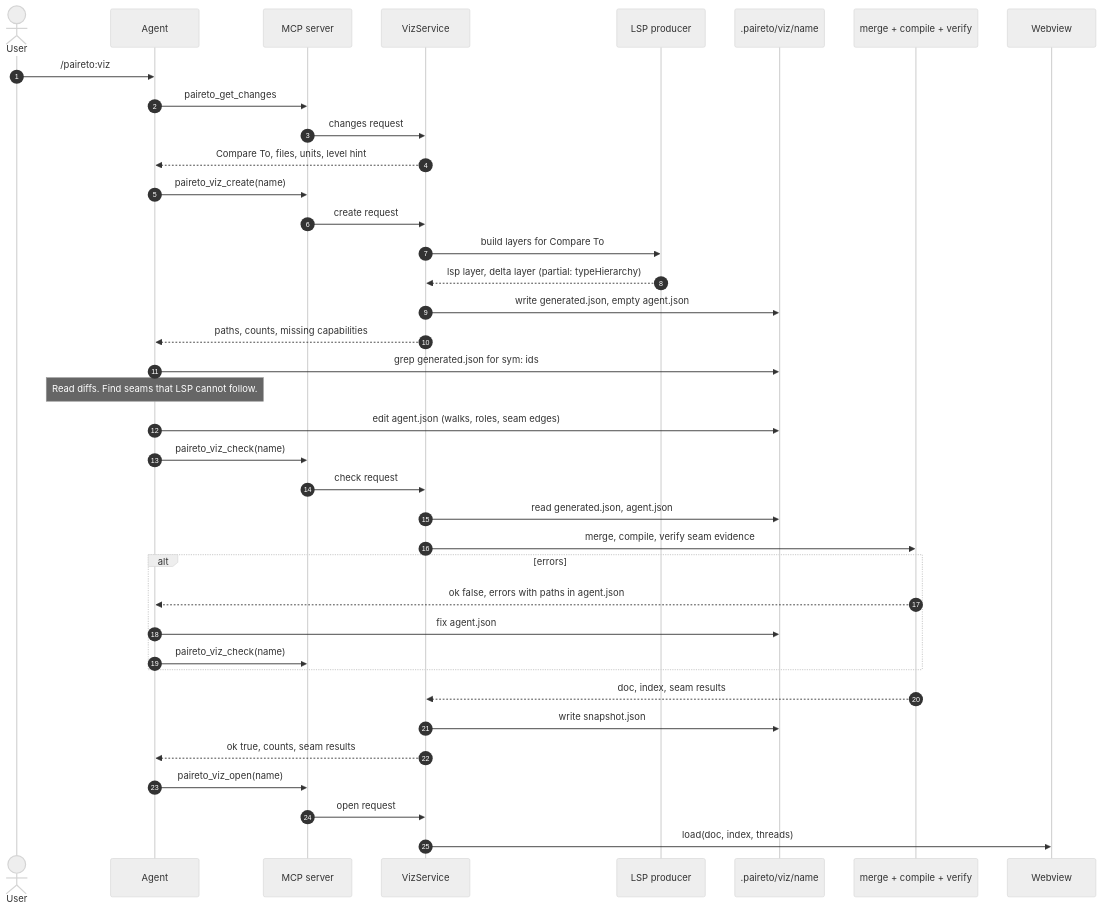
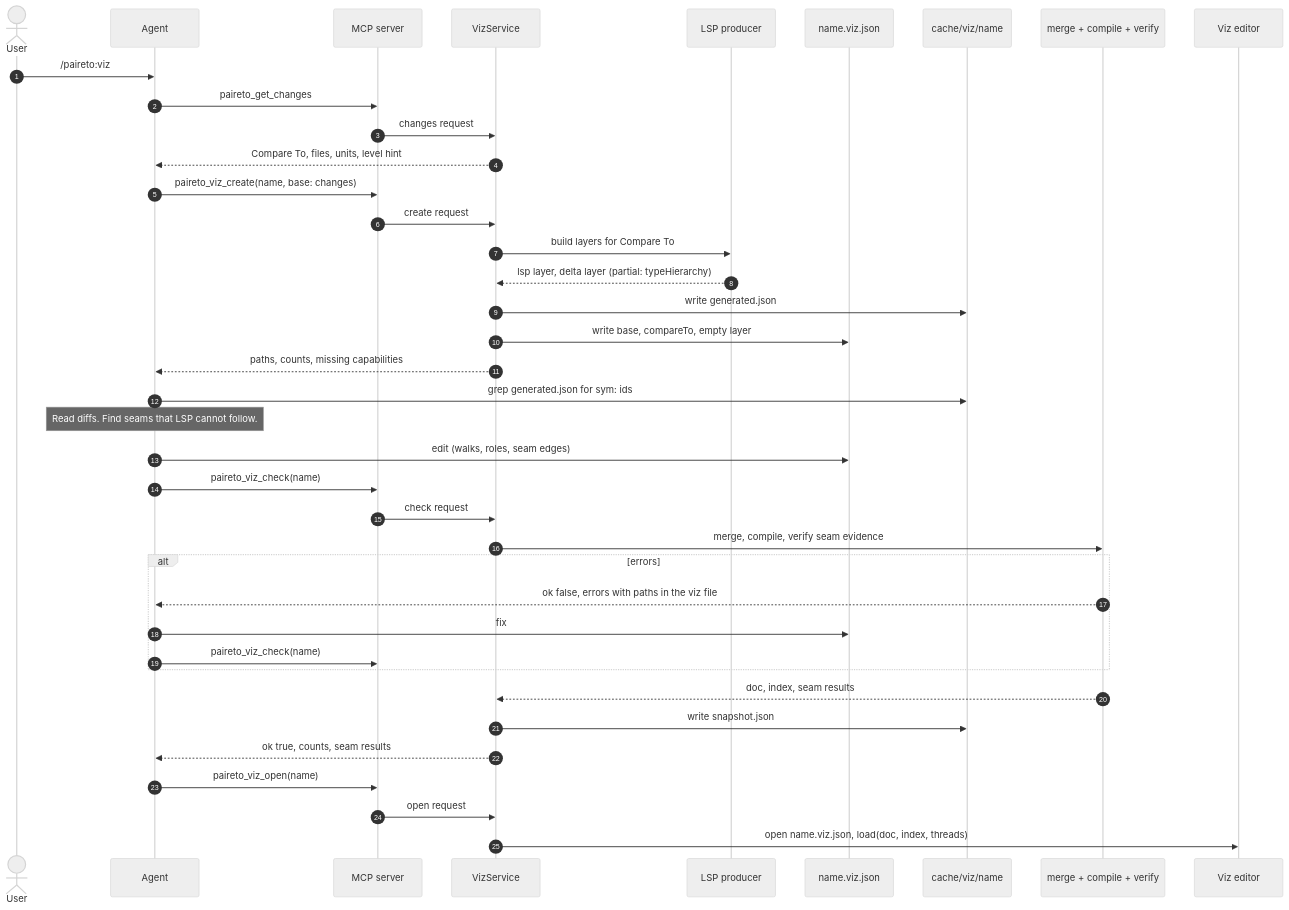
One commit to Nick-Lucas/paireto changed the first of 4 diagrams in docs/viz-core/04-protocols.md. Above: the diagram before and after it, drawn with Mermaid (neutral theme). The commit also changed other lines of this file and 3 other files, not shown here.

First line of the commit message:
Open vizzes in a custom editor and let users commit them

````diff
--- a/docs/viz-core/04-protocols.md
+++ b/docs/viz-core/04-protocols.md
@@ -140,41 +162,42 @@
 ```mermaid
 sequenceDiagram
   autonumber
   actor User
   participant Agent
   participant MCP as MCP server
   participant Host as VizService
   participant LSP as LSP producer
-  participant FS as .paireto/viz/name
+  participant File as name.viz.json
+  participant Cache as cache/viz/name
   participant Core as merge + compile + verify
-  participant View as Webview
+  participant Editor as Viz editor
 
   User->>Agent: /paireto:viz
   Agent->>MCP: paireto_get_changes
   MCP->>Host: changes request
   Host-->>Agent: Compare To, files, units, level hint
-  Agent->>MCP: paireto_viz_create(name)
+  Agent->>MCP: paireto_viz_create(name, base: changes)
   MCP->>Host: create request
   Host->>LSP: build layers for Compare To
   LSP-->>Host: lsp layer, delta layer (partial: typeHierarchy)
-  Host->>FS: write generated.json, empty agent.json
+  Host->>Cache: write generated.json
+  Host->>File: write base, compareTo, empty layer
   Host-->>Agent: paths, counts, missing capabilities
-  Agent->>FS: grep generated.json for sym: ids
+  Agent->>Cache: grep generated.json for sym: ids
   Note over Agent: Read diffs. Find seams that LSP cannot follow.
-  Agent->>FS: edit agent.json (walks, roles, seam edges)
+  Agent->>File: edit (walks, roles, seam edges)
   Agent->>MCP: paireto_viz_check(name)
   MCP->>Host: check request
-  Host->>FS: read generated.json, agent.json
   Host->>Core: merge, compile, verify seam evidence
   alt errors
-    Core-->>Agent: ok false, errors with paths in agent.json
-    Agent->>FS: fix agent.json
+    Core-->>Agent: ok false, errors with paths in the viz file
+    Agent->>File: fix
     Agent->>MCP: paireto_viz_check(name)
   end
   Core-->>Host: doc, index, seam results
-  Host->>FS: write snapshot.json
+  Host->>Cache: write snapshot.json
   Host-->>Agent: ok true, counts, seam results
   Agent->>MCP: paireto_viz_open(name)
   MCP->>Host: open request
-  Host->>View: load(doc, index, threads)
+  Host->>Editor: open name.viz.json, load(doc, index, threads)
 ```
````
